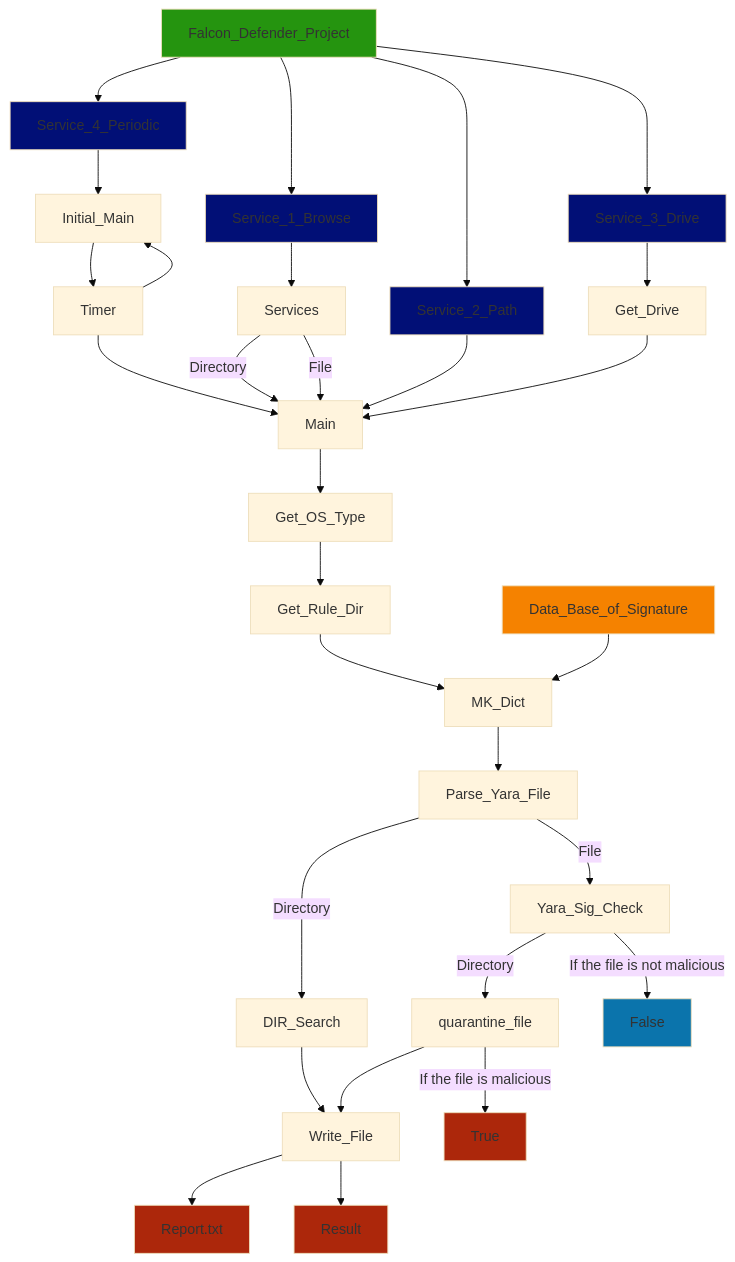
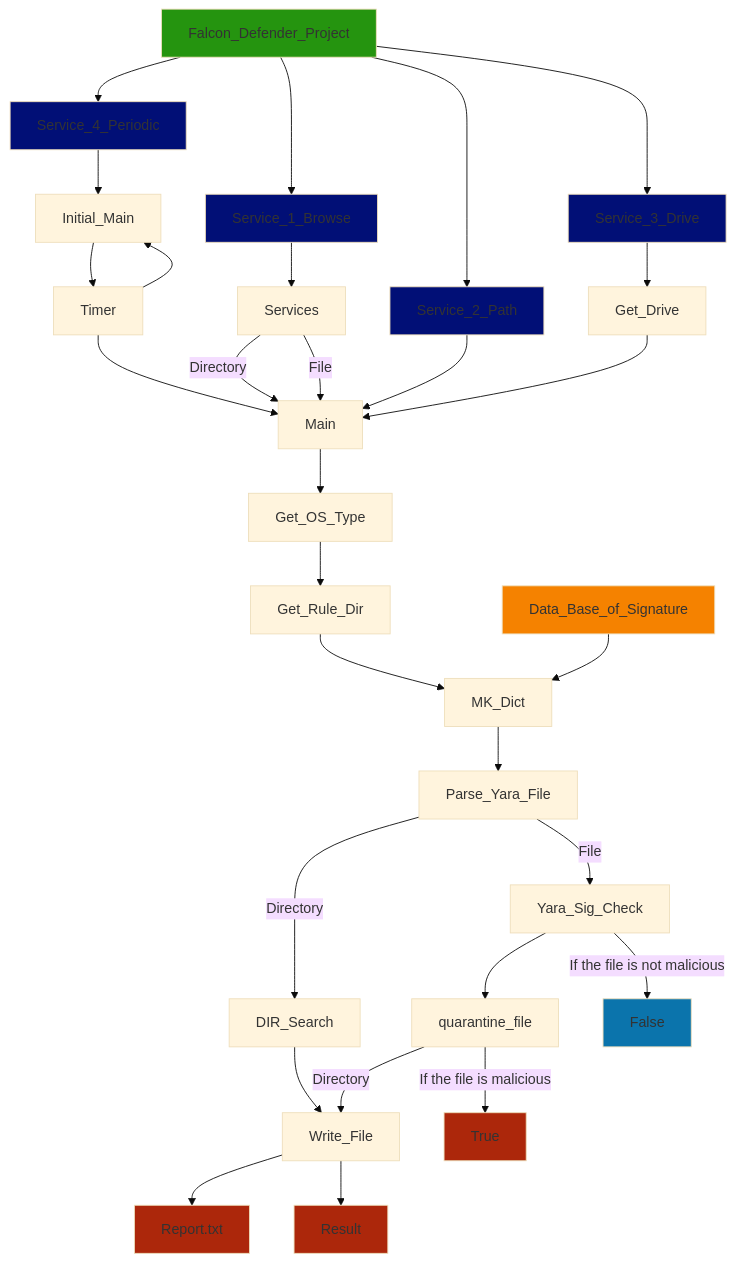
One commit to AyhamAsfoor/Falcon_Defender changed the diagram in README.md. Above: the diagram before and after it, drawn with Mermaid (base theme).

````diff
--- a/README.md
+++ b/README.md
@@ -68,42 +68,42 @@
 ```mermaid
 graph TD;
    Falcon_Defender_Project-->Service_1_Browse;
    Service_1_Browse-->Services;
    Falcon_Defender_Project-->Service_2_Path;
    Falcon_Defender_Project-->Service_3_Drive;
    Service_3_Drive-->Get_Drive;
    Falcon_Defender_Project-->Service_4_Periodic;
    Service_4_Periodic-->Initial_Main;
    Initial_Main-->Timer;
    Timer-->Initial_Main;
    Timer-->Main;
    Services-->|Directory| Main;
    Services-->|File| Main;
    Service_2_Path-->Main;
    Get_Drive-->Main;
    Main-->Get_OS_Type;
    Get_OS_Type-->Get_Rule_Dir;
    Get_Rule_Dir-->MK_Dict;
    Data_Base_of_Signature-->MK_Dict;
    MK_Dict-->Parse_Yara_File;
    Parse_Yara_File-->|Directory| DIR_Search;
    Parse_Yara_File-->|File| Yara_Sig_Check;
    DIR_Search-->Write_File;
-   Yara_Sig_Check-->|Directory| quarantine_file;
-   quarantine_file-->Write_File;
+   Yara_Sig_Check-->quarantine_file;
+   quarantine_file-->|Directory| Write_File;
    Yara_Sig_Check-->|If the file is not malicious| False;
    quarantine_file-->|If the file is malicious| True;
    Write_File-->Report_txt[Report.txt];
    Write_File-->Result[Result];
 
    style Falcon_Defender_Project fill:#25940f;
    style Service_1_Browse fill:#010f76;
    style Service_2_Path fill:#010f76;
    style Service_3_Drive fill:#010f76;
    style Service_4_Periodic fill:#010f76;
    style Data_Base_of_Signature fill:#f58200;
    style Report_txt fill:#ac270b;
    style Result fill:#ac270b;
    style True fill:#ac270b;
    style False fill:#0b74ac;
 ```
````
